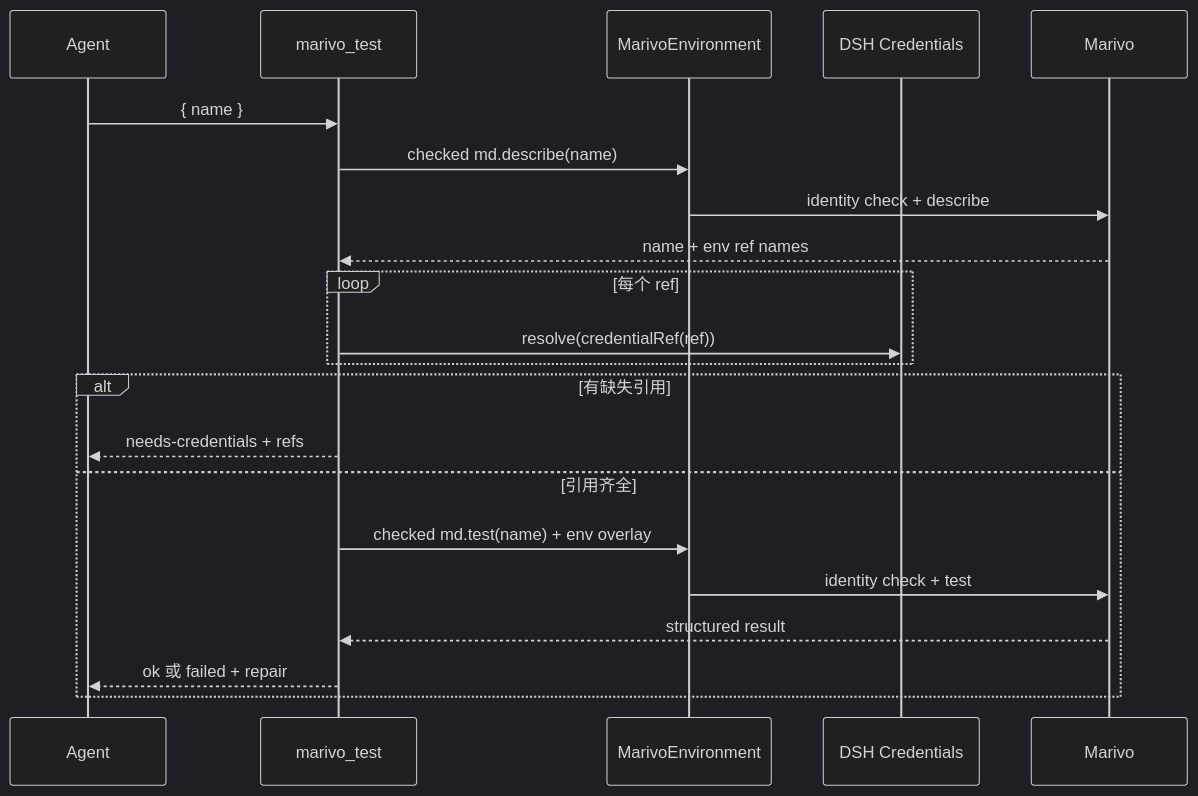
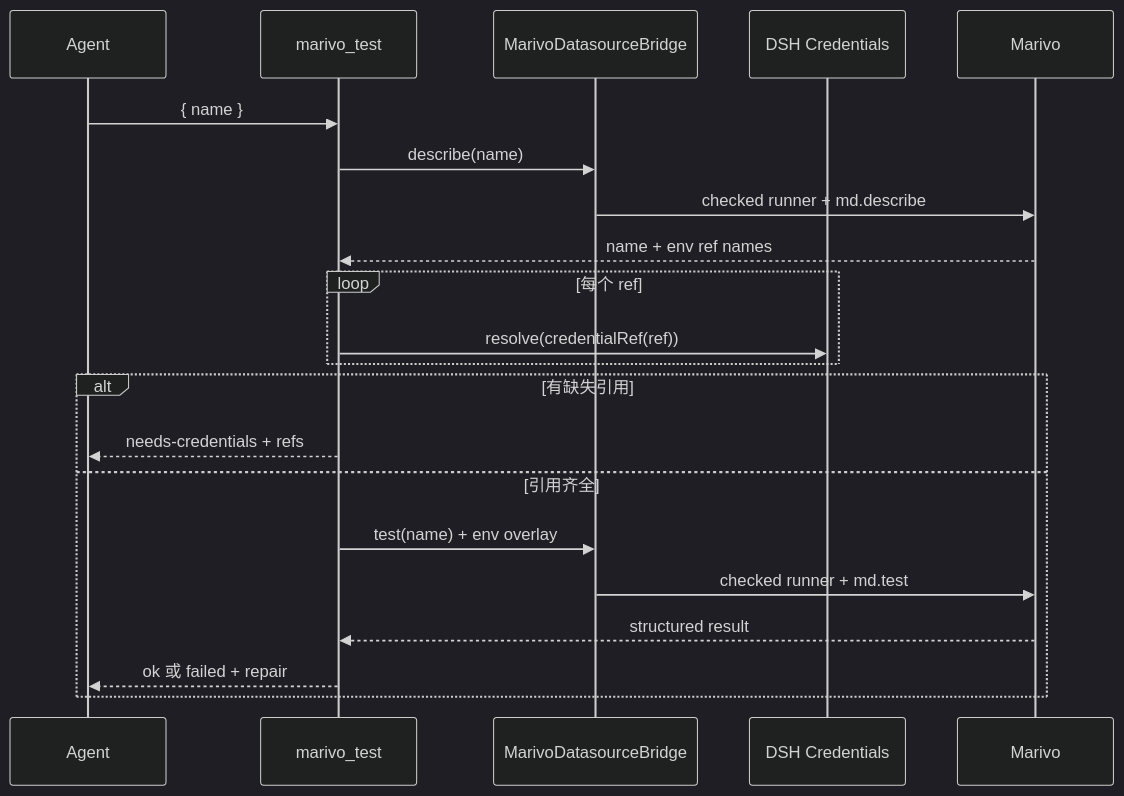
One commit to chengxianglibra/dsh-data-analysis changed the diagram in docs/modules/datasource-credentials.md. Above: the diagram before and after it, drawn with Mermaid (dark theme). The commit also changed other lines of this file and 44 other files, not shown here.

````diff
--- a/docs/modules/datasource-credentials.md
+++ b/docs/modules/datasource-credentials.md
@@ -22,23 +22,23 @@
 ```mermaid
 sequenceDiagram
   participant A as Agent
   participant T as marivo_test
-  participant E as MarivoEnvironment
+  participant B as MarivoDatasourceBridge
   participant C as DSH Credentials
   participant M as Marivo
   A->>T: { name }
-  T->>E: checked md.describe(name)
-  E->>M: identity check + describe
+  T->>B: describe(name)
+  B->>M: checked runner + md.describe
   M-->>T: name + env ref names
   loop 每个 ref
     T->>C: resolve(credentialRef(ref))
   end
   alt 有缺失引用
     T-->>A: needs-credentials + refs
   else 引用齐全
-    T->>E: checked md.test(name) + env overlay
-    E->>M: identity check + test
+    T->>B: test(name) + env overlay
+    B->>M: checked runner + md.test
     M-->>T: structured result
     T-->>A: ok 或 failed + repair
   end
 ```
````
